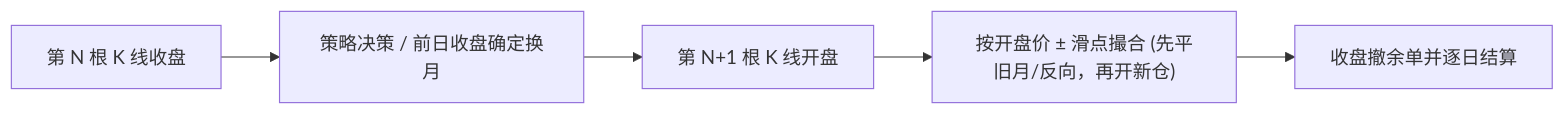
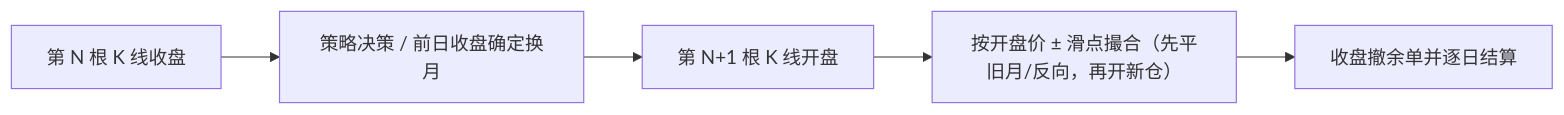
The fourth of 5 diagrams in docs/lab/README.md (isqiwen/asterion-terminal), drawn with Mermaid before and after one commit. The commit also changed other lines of this file and 1 other file, not shown here.

Commit message:
docs: streamline terminal and lab docs with diagrams and structured tables

````diff
--- a/docs/lab/README.md
+++ b/docs/lab/README.md
@@ -106,7 +132,7 @@
 ```mermaid
 flowchart LR
   B1["第 N 根 K 线收盘"] --> Dec["策略决策 / 前日收盘确定换月"]
   Dec --> B2["第 N+1 根 K 线开盘"]
-  B2 --> Exec["按开盘价 ± 滑点撮合 (先平旧月/反向，再开新仓)"]
+  B2 --> Exec["按开盘价 ± 滑点撮合（先平旧月/反向，再开新仓）"]
   Exec --> Settle["收盘撤余单并逐日结算"]
 ```
````
